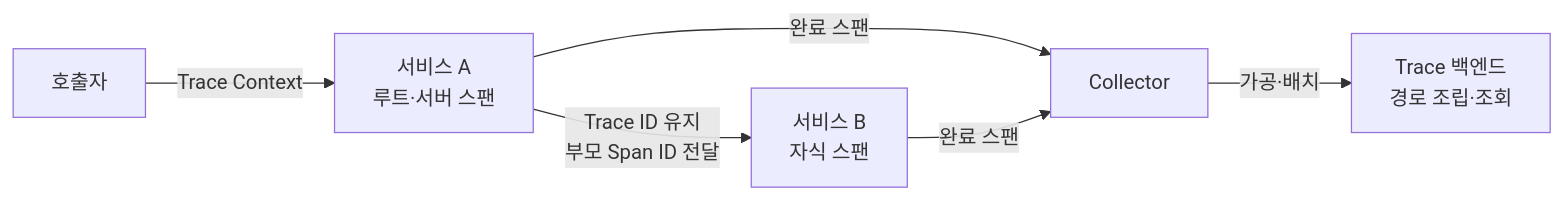
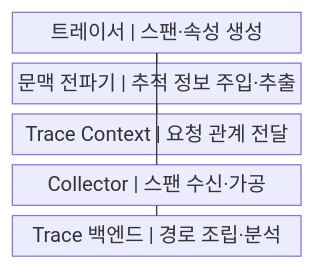
Before and after one commit to agnusdei1207/knowledge-base: the first of 2 diagrams in src/content/docs/notes/03-software/163_distributed_tracing.md, drawn with Mermaid. The commit also changed other lines of this file and 20 other files, not shown here.

````diff
--- a/src/content/docs/notes/03-software/163_distributed_tracing.md
+++ b/src/content/docs/notes/03-software/163_distributed_tracing.md
@@ -59,8 +57,13 @@
 ```mermaid
-flowchart LR
-    C["호출자"] -->|"Trace Context"| A["서비스 A<br/>루트·서버 스팬"]
-    A -->|"Trace ID 유지<br/>부모 Span ID 전달"| B["서비스 B<br/>자식 스팬"]
-    A -->|"완료 스팬"| K["Collector"]
-    B -->|"완료 스팬"| K
-    K -->|"가공·배치"| T["Trace 백엔드<br/>경로 조립·조회"]
+block
+    columns 1
+    A["트레이서 | 스팬·속성 생성"]
+    B["문맥 전파기 | 추적 정보 주입·추출"]
+    C["Trace Context | 요청 관계 전달"]
+    D["Collector | 스팬 수신·가공"]
+    E["Trace 백엔드 | 경로 조립·분석"]
+    A --- B
+    B --- C
+    A --- D
+    D --- E
 ```
````
